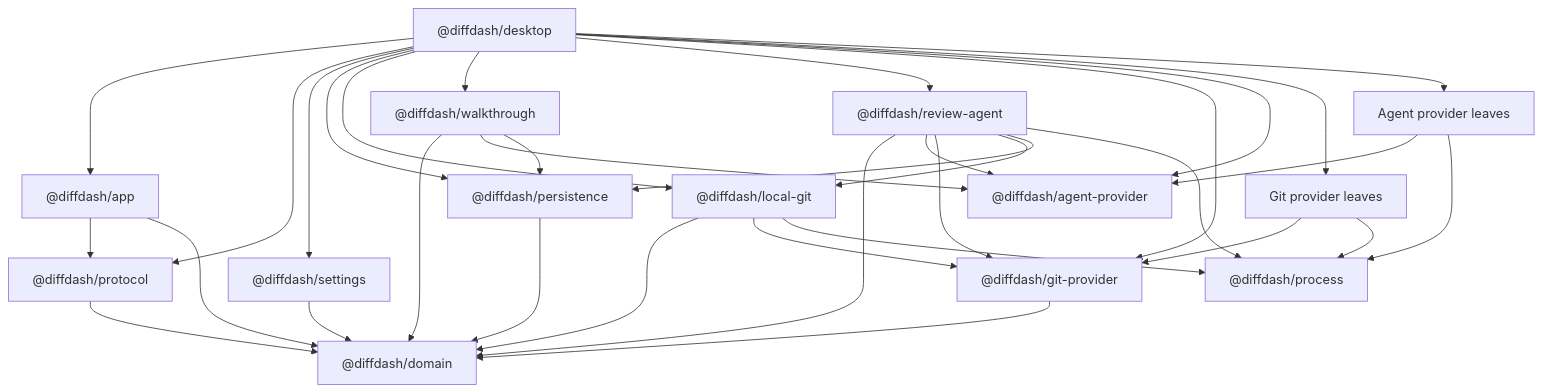
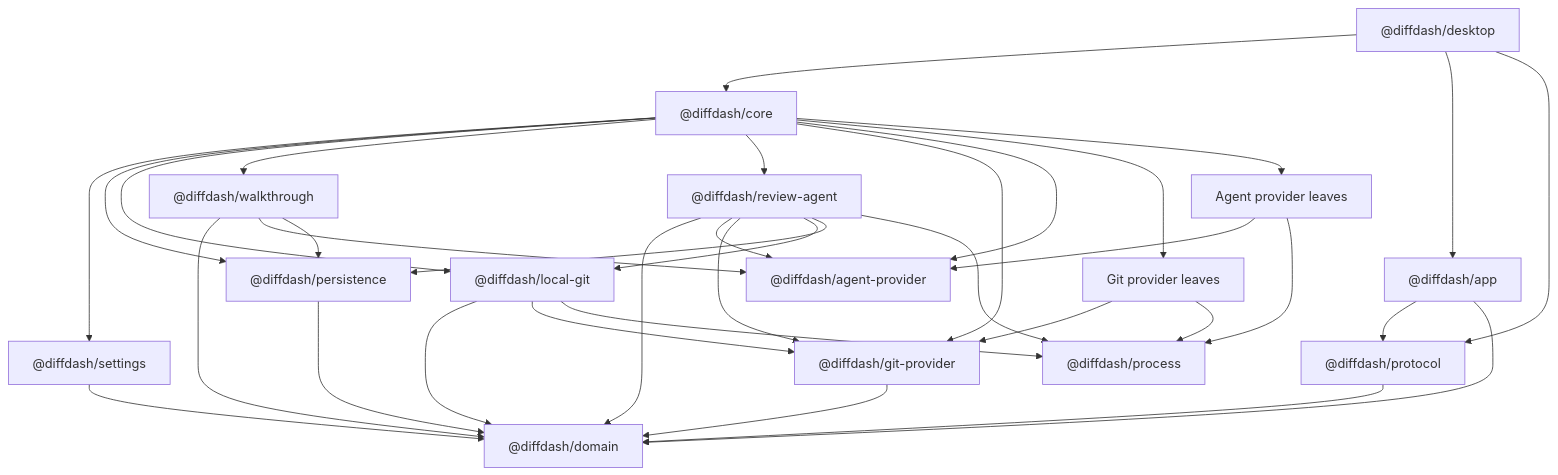
Before and after one commit to byfungsi/diffdash: the diagram in docs/architecture.md, drawn with Mermaid. The commit also changed other lines of this file and 58 other files, not shown here.

````diff
--- a/docs/architecture.md
+++ b/docs/architecture.md
@@ -11,37 +12,38 @@
 ```mermaid
 graph TD
+  desktop["@diffdash/desktop"] --> core["@diffdash/core"]
   desktop["@diffdash/desktop"] --> app["@diffdash/app"]
   desktop --> protocol["@diffdash/protocol"]
-  desktop --> settings["@diffdash/settings"]
-  desktop --> persistence["@diffdash/persistence"]
-  desktop --> localGit["@diffdash/local-git"]
-  desktop --> walkthrough["@diffdash/walkthrough"]
-  desktop --> reviewAgent["@diffdash/review-agent"]
-  desktop --> gitSdk["@diffdash/git-provider"]
-  desktop --> agentSdk["@diffdash/agent-provider"]
-  desktop --> gitProviders["Git provider leaves"]
-  desktop --> agentProviders["Agent provider leaves"]
+  core --> settings["@diffdash/settings"]
+  core --> persistence["@diffdash/persistence"]
+  core --> localGit["@diffdash/local-git"]
+  core --> walkthrough["@diffdash/walkthrough"]
+  core --> reviewAgent["@diffdash/review-agent"]
+  core --> gitSdk["@diffdash/git-provider"]
+  core --> agentSdk["@diffdash/agent-provider"]
+  core --> gitProviders["Git provider leaves"]
+  core --> agentProviders["Agent provider leaves"]
 
   app --> protocol
   app --> domain["@diffdash/domain"]
   protocol --> domain
   settings --> domain
   persistence --> domain
   localGit --> domain
   localGit --> gitSdk
   localGit --> process["@diffdash/process"]
   walkthrough --> domain
   walkthrough --> agentSdk
   walkthrough --> persistence
   reviewAgent --> domain
   reviewAgent --> agentSdk
   reviewAgent --> gitSdk
   reviewAgent --> localGit
   reviewAgent --> persistence
   reviewAgent --> process
   gitSdk --> domain
   gitProviders --> gitSdk
   gitProviders --> process
   agentProviders --> agentSdk
   agentProviders --> process
 ```
````
